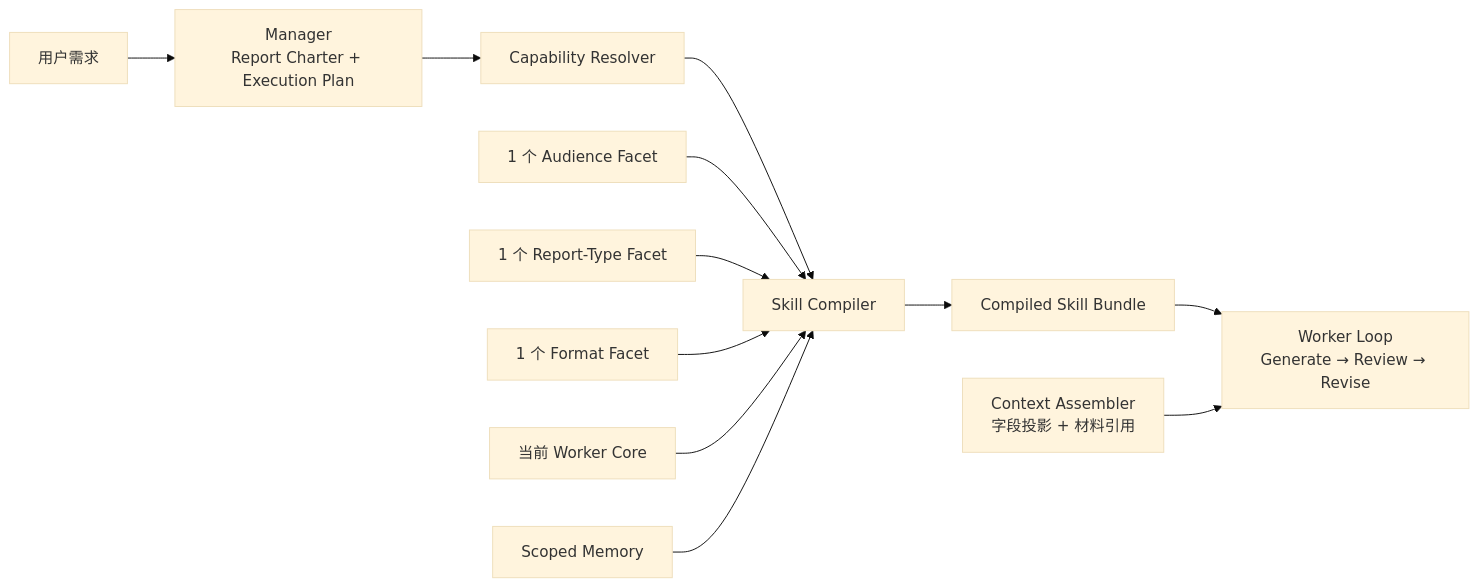
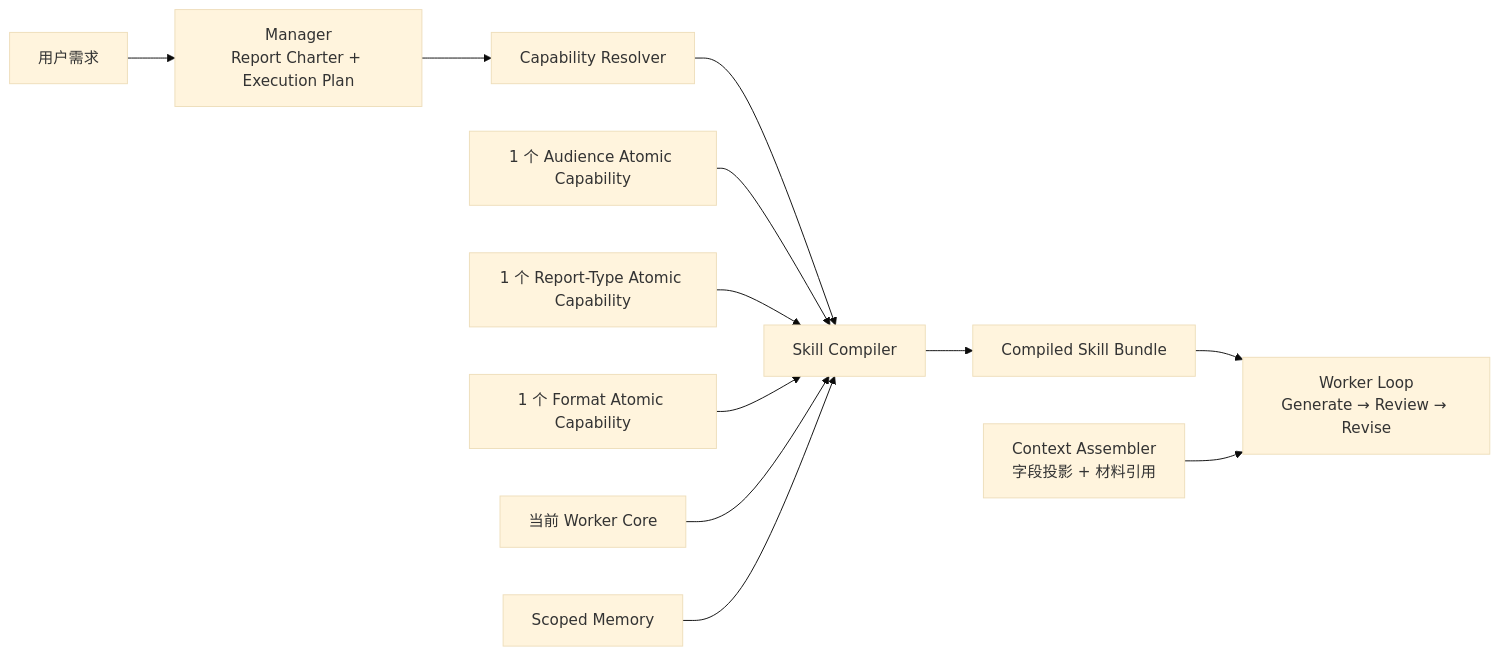
Before and after one commit to jonathonsjzhang/presentation-agent: the diagram in docs/atomic_composable_skills_architecture.md, drawn with Mermaid (base theme). The commit also changed other lines of this file and 79 other files, not shown here.

````diff
--- a/docs/atomic_composable_skills_architecture.md
+++ b/docs/atomic_composable_skills_architecture.md
@@ -38,14 +38,14 @@
 ```mermaid
 flowchart LR
     U["用户需求"] --> M["Manager<br/>Report Charter + Execution Plan"]
     M --> R["Capability Resolver"]
     R --> C["Skill Compiler"]
-    A["1 个 Audience Facet"] --> C
-    T["1 个 Report-Type Facet"] --> C
-    F["1 个 Format Facet"] --> C
+    A["1 个 Audience Atomic Capability"] --> C
+    T["1 个 Report-Type Atomic Capability"] --> C
+    F["1 个 Format Atomic Capability"] --> C
     K["当前 Worker Core"] --> C
     X["Scoped Memory"] --> C
     C --> B["Compiled Skill Bundle"]
     B --> W["Worker Loop<br/>Generate → Review → Revise"]
     P["Context Assembler<br/>字段投影 + 材料引用"] --> W
 ```
````
